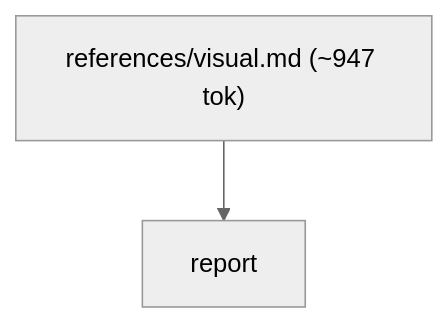
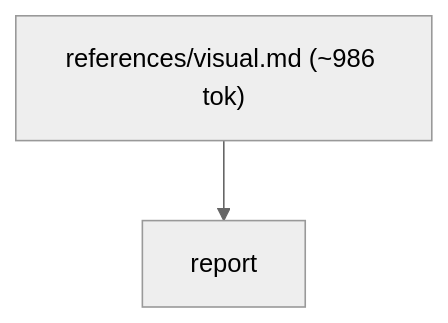
Before and after one commit to alecegg/varde: the eighth of 8 diagrams in skills/varde-review/FLOW.md, drawn with Mermaid (neutral theme). The commit also changed other lines of this file and 269 other files, not shown here.

````diff
--- a/skills/varde-review/FLOW.md
+++ b/skills/varde-review/FLOW.md
@@ -137,6 +136,6 @@
 ```mermaid
 flowchart TD
-  n0["references/visual.md (~947 tok)"]
+  n0["references/visual.md (~986 tok)"]
   n1["report"]
   n0 --> n1
 ```
````
